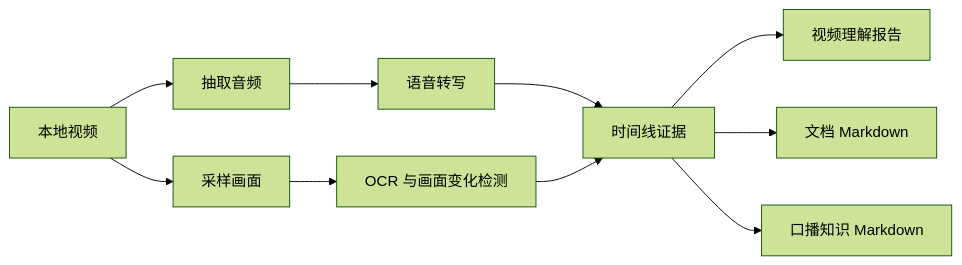
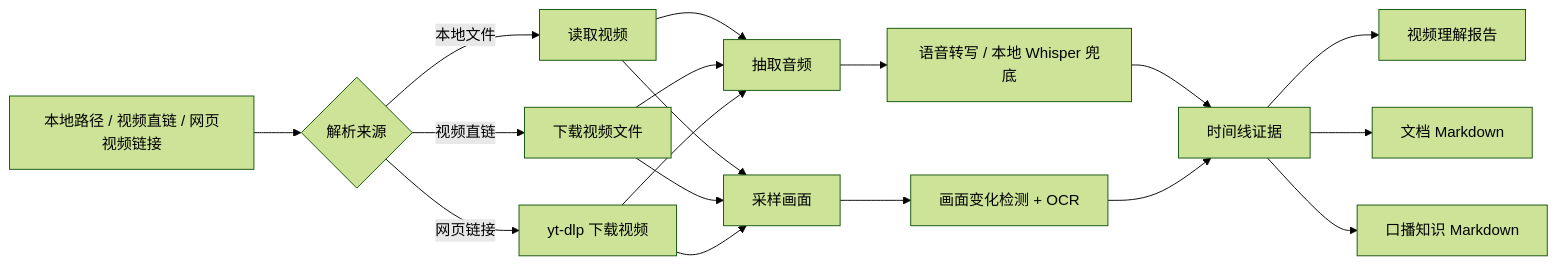
The diagram in README.md (Dublin1231/Video-Understanding-Skill), drawn with Mermaid (forest theme) before and after one commit. The commit also changed 2 other files, not shown here.

Commit message:
Update video workflow docs

````diff
--- a/README.md
+++ b/README.md
@@ -113,12 +113,20 @@
 ```mermaid
 flowchart LR
-  A["本地视频"] --> B["抽取音频"]
-  A --> C["采样画面"]
-  B --> D["语音转写"]
-  C --> E["OCR 与画面变化检测"]
-  D --> F["时间线证据"]
+  A["本地路径 / 视频直链 / 网页视频链接"] --> B{"解析来源"}
+  B -->|"本地文件"| C["读取视频"]
+  B -->|"视频直链"| D["下载视频文件"]
+  B -->|"网页链接"| E["yt-dlp 下载视频"]
+  C --> F["抽取音频"]
+  D --> F
   E --> F
-  F --> G["视频理解报告"]
-  F --> H["文档 Markdown"]
-  F --> I["口播知识 Markdown"]
+  C --> G["采样画面"]
+  D --> G
+  E --> G
+  F --> H["语音转写 / 本地 Whisper 兜底"]
+  G --> I["画面变化检测 + OCR"]
+  H --> J["时间线证据"]
+  I --> J
+  J --> K["视频理解报告"]
+  J --> L["文档 Markdown"]
+  J --> M["口播知识 Markdown"]
 ```
````
